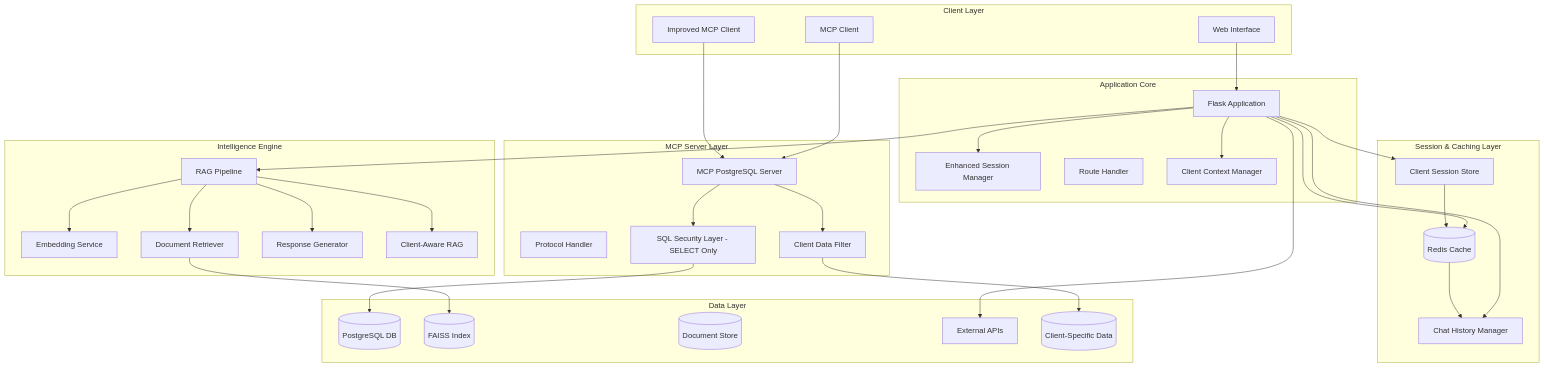
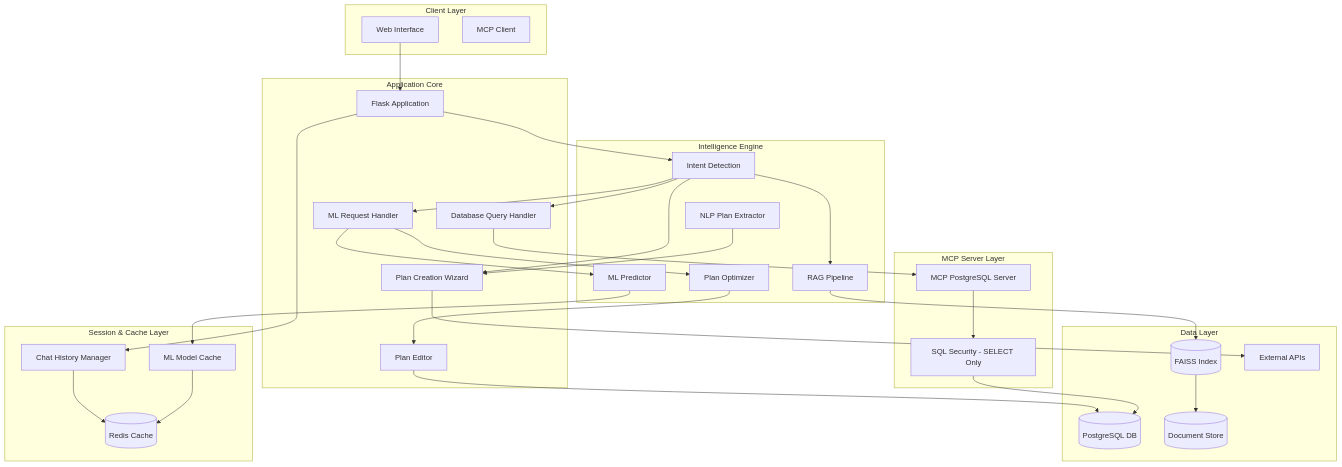
One commit to SNEAKO7/commission-dashboard-assistant-RAG- changed the first of 2 diagrams in README.md. Above: the diagram before and after it, drawn with Mermaid. The commit also changed other lines of this file, not shown here.

````diff
--- a/README.md
+++ b/README.md
@@ -55,66 +80,71 @@
 ```mermaid
 graph TB
     subgraph "Client Layer"
         Web[Web Interface]
         MCPClient[MCP Client]
-        ImprovedClient[Improved MCP Client]
     end
     
-    subgraph "Session & Caching Layer"
+    subgraph "Session & Cache Layer"
         Redis[(Redis Cache)]
         ChatHistory[Chat History Manager]
-        ClientSessions[Client Session Store]
+        MLModels[ML Model Cache]
+    end
+    
+    subgraph "Intelligence Engine"
+        IntentDetection[Intent Detection]
+        RAG[RAG Pipeline]
+        MLPredictor[ML Predictor]
+        PlanOptimizer[Plan Optimizer]
+        NLPExtractor[NLP Plan Extractor]
     end
     
     subgraph "MCP Server Layer"
         MCPServer[MCP PostgreSQL Server]
-        Protocol[Protocol Handler]
-        Security[SQL Security Layer - SELECT Only]
-        ClientFilter[Client Data Filter]
+        SQLSecurity[SQL Security - SELECT Only]
     end
     
     subgraph "Application Core"
         Flask[Flask Application]
-        SessionMgr[Enhanced Session Manager]
-        Router[Route Handler]
-        ClientCtx[Client Context Manager]
-    end
-    
-    subgraph "Intelligence Engine"
-        RAG[RAG Pipeline]
-        Embeddings[Embedding Service]
-        Retriever[Document Retriever]
-        Generator[Response Generator]
-        ClientRAG[Client-Aware RAG]
+        MLHandler[ML Request Handler]
+        DBHandler[Database Query Handler]
+        PlanWizard[Plan Creation Wizard]
+        PlanEditor[Plan Editor]
     end
     
     subgraph "Data Layer"
         PostgreSQL[(PostgreSQL DB)]
         FAISS[(FAISS Index)]
         Docs[(Document Store)]
         External[External APIs]
-        ClientData[(Client-Specific Data)]
     end
     
     Web --> Flask
-    MCPClient --> MCPServer
-    ImprovedClient --> MCPServer
-    Flask --> Redis
+    Flask --> IntentDetection
+    
+    IntentDetection --> MLHandler
+    IntentDetection --> DBHandler
+    IntentDetection --> RAG
+    IntentDetection --> PlanWizard
+    
+    MLHandler --> MLPredictor
+    MLHandler --> PlanOptimizer
+    PlanOptimizer --> PlanEditor
+    PlanEditor --> PostgreSQL
+    
+    NLPExtractor --> PlanWizard
+    
     Flask --> ChatHistory
-    Flask --> ClientSessions
-    MCPServer --> Security
-    MCPServer --> ClientFilter
-    Security --> PostgreSQL
-    ClientFilter --> ClientData
-    Flask --> SessionMgr
-    Flask --> ClientCtx
-    Flask --> RAG
-    RAG --> ClientRAG
-    RAG --> Embeddings
-    RAG --> Retriever
-    Retriever --> FAISS
-    RAG --> Generator
-    Flask --> External
-    Redis --> ChatHistory
-    ClientSessions --> Redis
+    ChatHistory --> Redis
+    
+    MLPredictor --> MLModels
+    MLModels --> Redis
+    
+    DBHandler --> MCPServer
+    MCPServer --> SQLSecurity
+    SQLSecurity --> PostgreSQL
+    
+    PlanWizard --> External
+    
+    RAG --> FAISS
+    FAISS --> Docs
 ```
````
